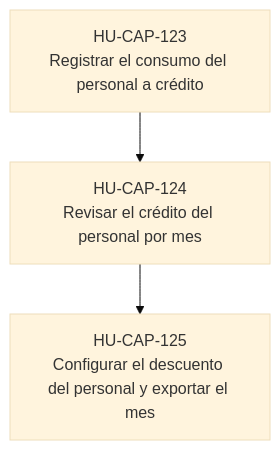
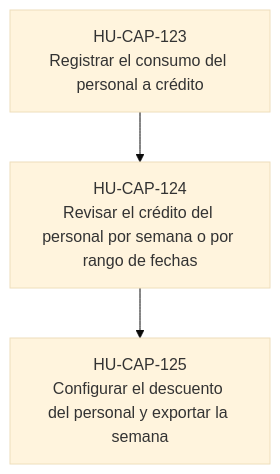
The third of 5 diagrams in docs/dor/DOR-FT-USR-03-credito-del-personal.md (JoseEM26/caprichos), drawn with Mermaid (base theme) before and after one commit. The commit also changed other lines of this file and 208 other files, not shown here.

````diff
--- a/docs/dor/DOR-FT-USR-03-credito-del-personal.md
+++ b/docs/dor/DOR-FT-USR-03-credito-del-personal.md
@@ -110,8 +114,8 @@
 ```mermaid
 flowchart TB
   P0["HU-CAP-123<br>Registrar el consumo del personal a crédito"]
-  P1["HU-CAP-124<br>Revisar el crédito del personal por mes"]
+  P1["HU-CAP-124<br>Revisar el crédito del personal por semana o por rango de fechas"]
   P0 --> P1
-  P2["HU-CAP-125<br>Configurar el descuento del personal y exportar el mes"]
+  P2["HU-CAP-125<br>Configurar el descuento del personal y exportar la semana"]
   P1 --> P2
 ```
````
